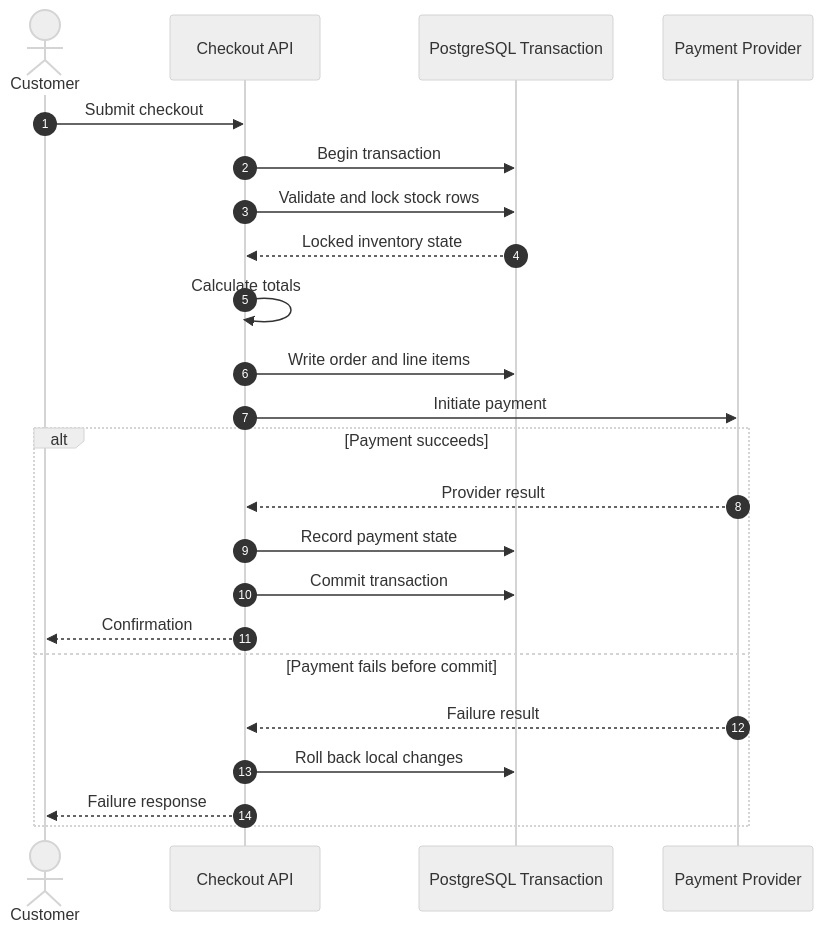
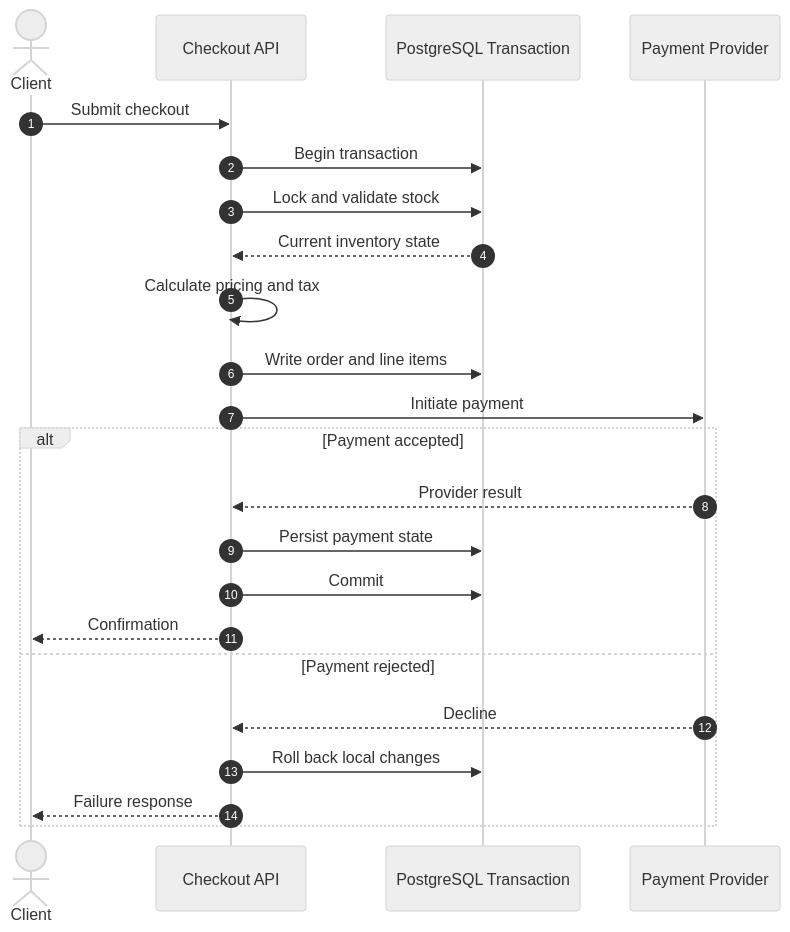
Before and after one commit to Nawaz393/enterprise-retail-saas-architecture: the diagram in diagrams/checkout-sequence.mmd, drawn with Mermaid (neutral theme). The commit also changed 21 other files, not shown here.

First line of the commit message:
Refactor documentation and diagrams for clarity and accuracy

```diff
--- a/diagrams/checkout-sequence.mmd
+++ b/diagrams/checkout-sequence.mmd
@@ -1,23 +1,23 @@
 sequenceDiagram
     autonumber
-    actor Customer
+    actor Client
     participant API as Checkout API
     participant DB as PostgreSQL Transaction
     participant Pay as Payment Provider
-    Customer->>API: Submit checkout
+    Client->>API: Submit checkout
     API->>DB: Begin transaction
-    API->>DB: Validate and lock stock rows
-    DB-->>API: Locked inventory state
-    API->>API: Calculate totals
+    API->>DB: Lock and validate stock
+    DB-->>API: Current inventory state
+    API->>API: Calculate pricing and tax
     API->>DB: Write order and line items
     API->>Pay: Initiate payment
-    alt Payment succeeds
+    alt Payment accepted
         Pay-->>API: Provider result
-        API->>DB: Record payment state
-        API->>DB: Commit transaction
-        API-->>Customer: Confirmation
-    else Payment fails before commit
-        Pay-->>API: Failure result
+        API->>DB: Persist payment state
+        API->>DB: Commit
+        API-->>Client: Confirmation
+    else Payment rejected
+        Pay-->>API: Decline
         API->>DB: Roll back local changes
-        API-->>Customer: Failure response
+        API-->>Client: Failure response
     end
```
